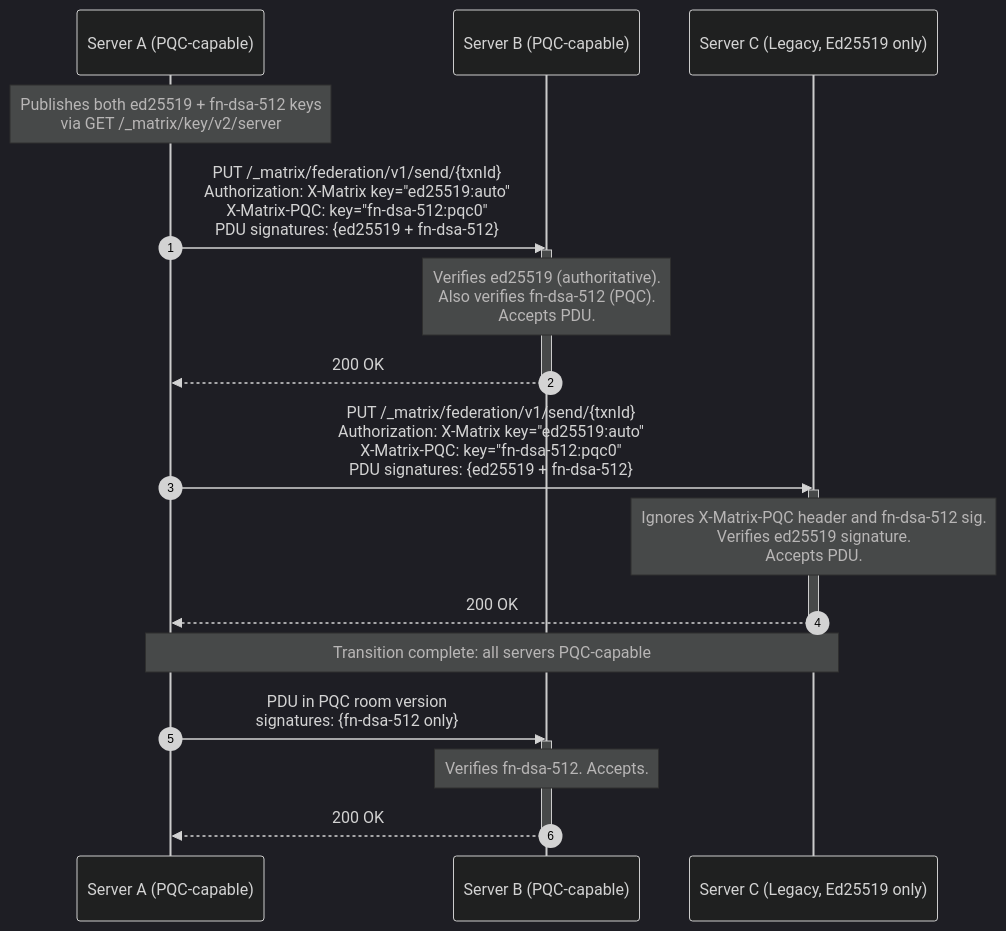
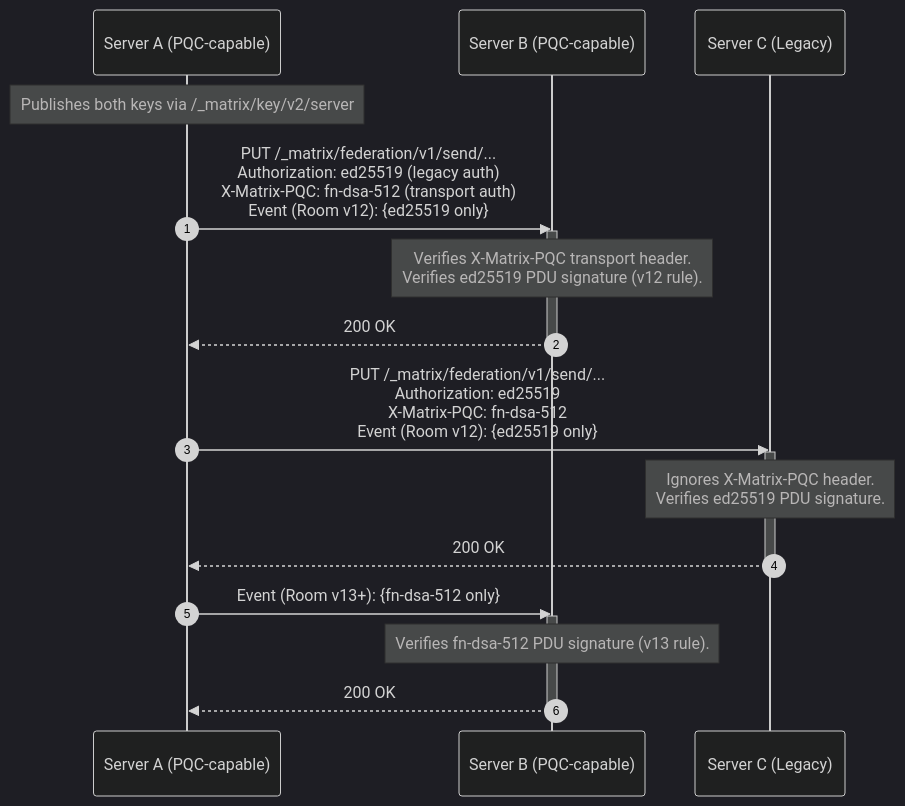
One commit to gamesguru/matrix-spec-proposals changed the diagram in proposals/XXXX-e2ee-quantum-sigs-pdu.md. Above: the diagram before and after it, drawn with Mermaid (dark theme). The commit also changed other lines of this file, not shown here.

Commit message:
simplify approach to only require one type of sig

````diff
--- a/proposals/XXXX-e2ee-quantum-sigs-pdu.md
+++ b/proposals/XXXX-e2ee-quantum-sigs-pdu.md
@@ -211,29 +202,27 @@
 ```mermaid
 sequenceDiagram
     autonumber
     participant S1 as Server A (PQC-capable)
     participant S2 as Server B (PQC-capable)
-    participant S3 as Server C (Legacy, Ed25519 only)
+    participant S3 as Server C (Legacy)
 
-    Note over S1: Publishes both ed25519 + fn-dsa-512 keys<br/>via GET /_matrix/key/v2/server
+    Note over S1: Publishes both keys via /_matrix/key/v2/server
 
-    S1->>S2: PUT /_matrix/federation/v1/send/{txnId}<br/>Authorization: X-Matrix key="ed25519:auto"<br/>X-Matrix-PQC: key="fn-dsa-512:pqc0"<br/>PDU signatures: {ed25519 + fn-dsa-512}
+    S1->>S2: PUT /_matrix/federation/v1/send/...<br/>Authorization: ed25519 (legacy auth)<br/>X-Matrix-PQC: fn-dsa-512 (transport auth)<br/>Event (Room v12): {ed25519 only}
     activate S2
-    Note over S2: Verifies ed25519 (authoritative).<br/>Also verifies fn-dsa-512 (PQC).<br/>Accepts PDU.
+    Note over S2: Verifies X-Matrix-PQC transport header.<br/>Verifies ed25519 PDU signature (v12 rule).
     S2-->>S1: 200 OK
     deactivate S2
 
-    S1->>S3: PUT /_matrix/federation/v1/send/{txnId}<br/>Authorization: X-Matrix key="ed25519:auto"<br/>X-Matrix-PQC: key="fn-dsa-512:pqc0"<br/>PDU signatures: {ed25519 + fn-dsa-512}
+    S1->>S3: PUT /_matrix/federation/v1/send/...<br/>Authorization: ed25519<br/>X-Matrix-PQC: fn-dsa-512<br/>Event (Room v12): {ed25519 only}
     activate S3
-    Note over S3: Ignores X-Matrix-PQC header and fn-dsa-512 sig.<br/>Verifies ed25519 signature.<br/>Accepts PDU.
+    Note over S3: Ignores X-Matrix-PQC header.<br/>Verifies ed25519 PDU signature.
     S3-->>S1: 200 OK
     deactivate S3
 
-    Note over S1,S3: Transition complete: all servers PQC-capable
-
-    S1->>S2: PDU in PQC room version<br/>signatures: {fn-dsa-512 only}
+    S1->>S2: Event (Room v13+): {fn-dsa-512 only}
     activate S2
-    Note over S2: Verifies fn-dsa-512. Accepts.
+    Note over S2: Verifies fn-dsa-512 PDU signature (v13 rule).
     S2-->>S1: 200 OK
     deactivate S2
 ```
````
